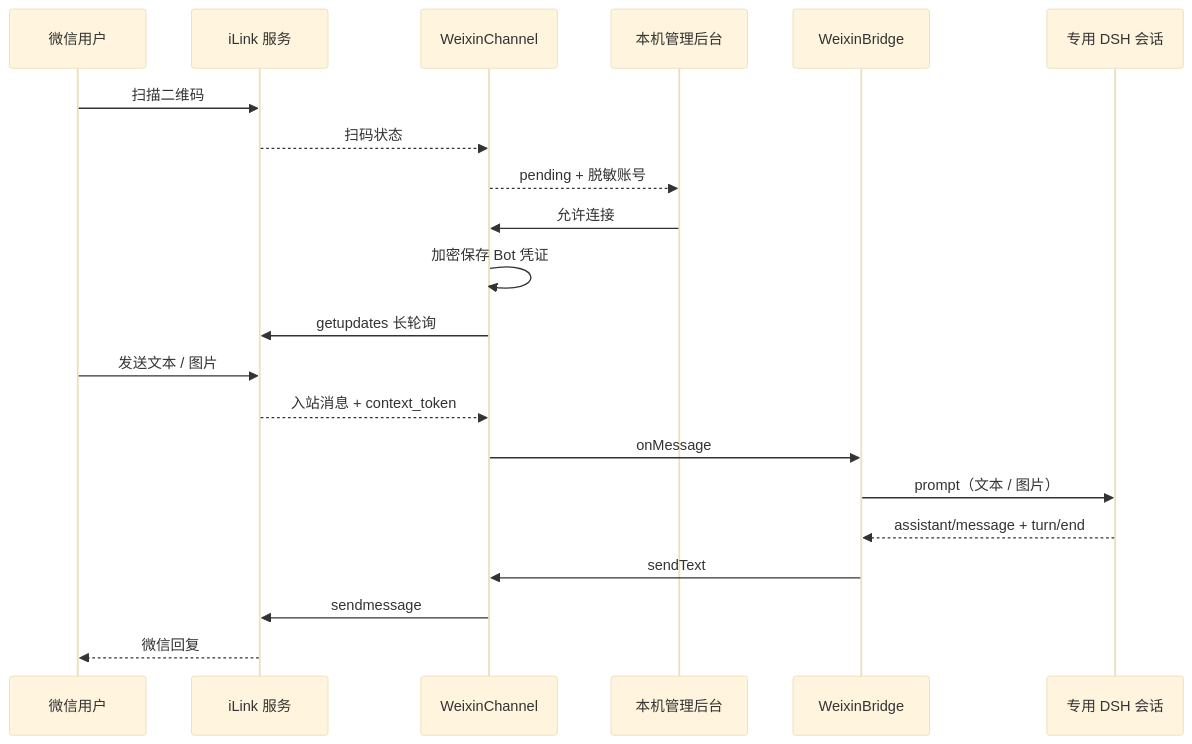
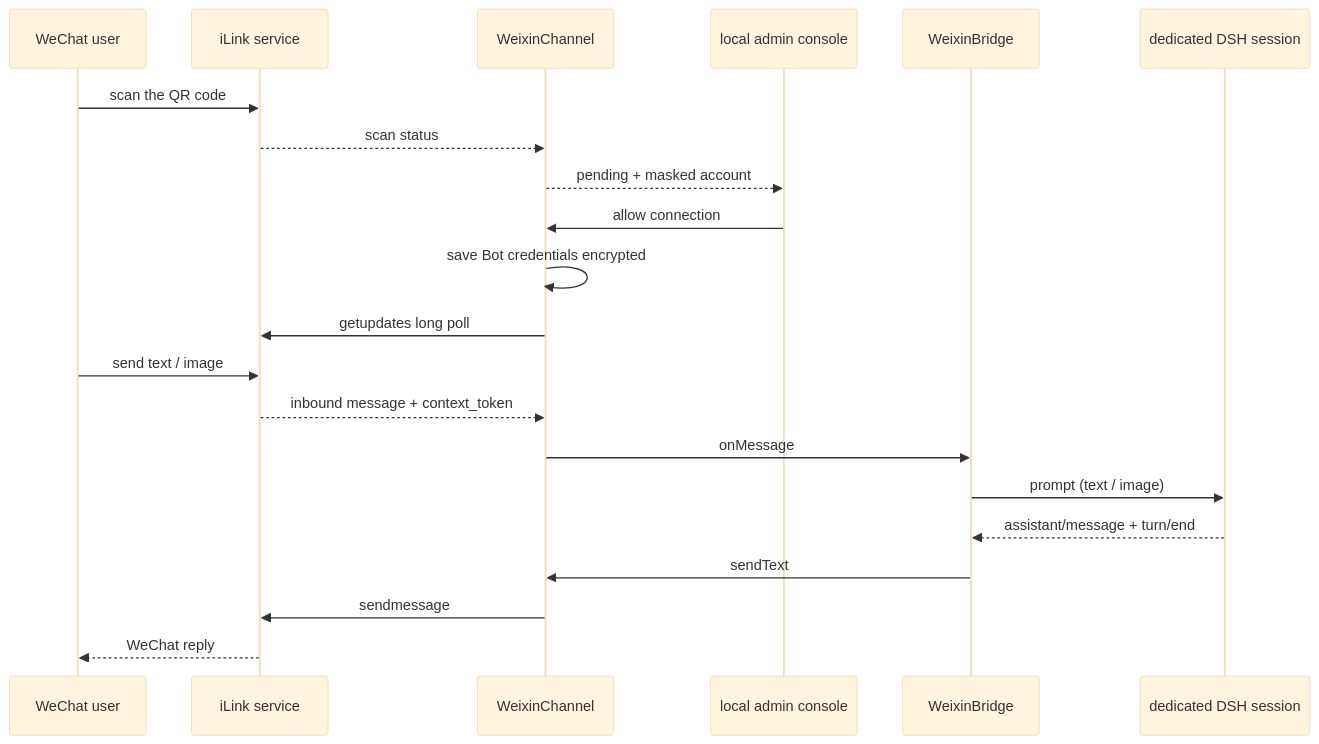
Before and after one commit to open2ai/dsh-gateway-mobile: the fifth of 10 diagrams in docs/architecture-flow.md, drawn with Mermaid (base theme). The commit also changed other lines of this file and 85 other files, not shown here.

Commit message:
feat: harden gateway for long-running use and simplify the admin console. Version 0.1.4; changes are additive and backward compatible.

````diff
--- a/docs/architecture-flow.md
+++ b/docs/architecture-flow.md
@@ -213,24 +215,24 @@
 ```mermaid
 sequenceDiagram
-  participant U as 微信用户
-  participant WX as iLink 服务
+  participant U as WeChat user
+  participant WX as iLink service
   participant C as WeixinChannel
-  participant A as 本机管理后台
+  participant A as local admin console
   participant B as WeixinBridge
-  participant D as 专用 DSH 会话
+  participant D as dedicated DSH session
 
-  U->>WX: 扫描二维码
-  WX-->>C: 扫码状态
-  C-->>A: pending + 脱敏账号
-  A->>C: 允许连接
-  C->>C: 加密保存 Bot 凭证
-  C->>WX: getupdates 长轮询
-  U->>WX: 发送文本 / 图片
-  WX-->>C: 入站消息 + context_token
+  U->>WX: scan the QR code
+  WX-->>C: scan status
+  C-->>A: pending + masked account
+  A->>C: allow connection
+  C->>C: save Bot credentials encrypted
+  C->>WX: getupdates long poll
+  U->>WX: send text / image
+  WX-->>C: inbound message + context_token
   C->>B: onMessage
-  B->>D: prompt（文本 / 图片）
+  B->>D: prompt (text / image)
   D-->>B: assistant/message + turn/end
   B->>C: sendText
   C->>WX: sendmessage
-  WX-->>U: 微信回复
+  WX-->>U: WeChat reply
 ```
````
